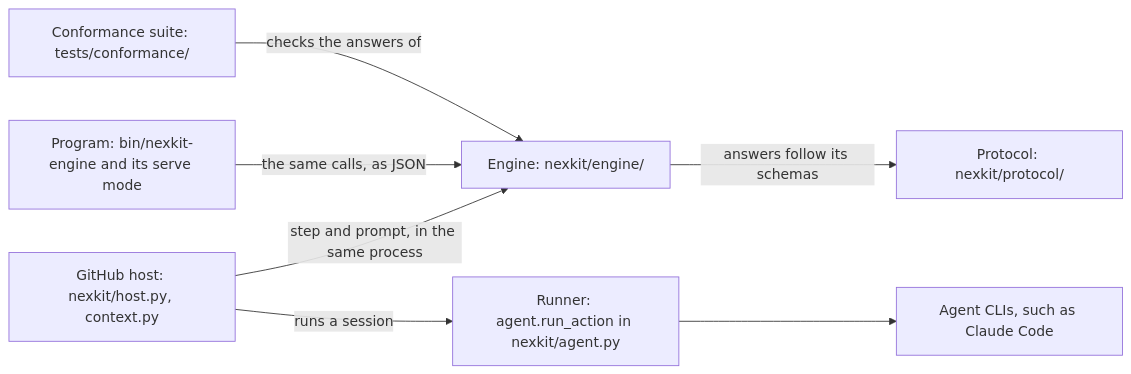
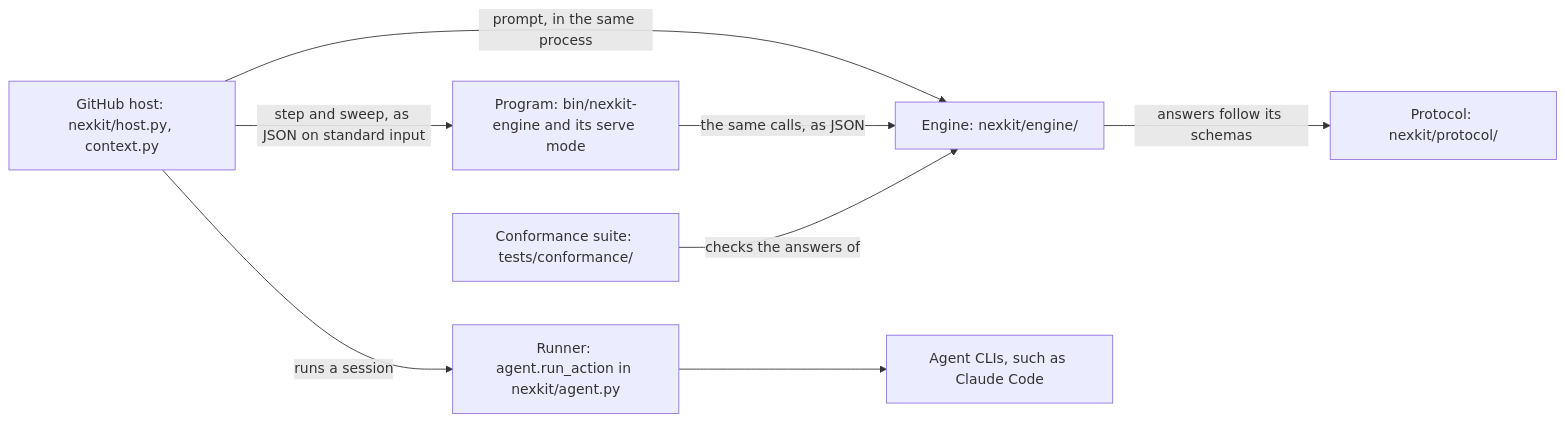
Before and after one commit to phuongnse/nexkit: the second of 2 diagrams in docs/architecture.md, drawn with Mermaid. The commit also changed other lines of this file and 14 other files, not shown here.

First line of the commit message:
The GitHub host gets step and sweep answers from the nexkit-engine program (#785)

````diff
--- a/docs/architecture.md
+++ b/docs/architecture.md
@@ -154,17 +154,18 @@
 ```mermaid
 flowchart LR
     GitHub["GitHub host: nexkit/host.py, context.py"]
     Program["Program: bin/nexkit-engine and its serve mode"]
     Engine["Engine: nexkit/engine/"]
     Protocol["Protocol: nexkit/protocol/"]
     Runner["Runner: agent.run_action in nexkit/agent.py"]
     Agents["Agent CLIs, such as Claude Code"]
     Suite["Conformance suite: tests/conformance/"]
 
-    GitHub -->|"step and prompt, in the same process"| Engine
+    GitHub -->|"step and sweep, as JSON on standard input"| Program
+    GitHub -->|"prompt, in the same process"| Engine
     Program -->|"the same calls, as JSON"| Engine
     Engine -->|"answers follow its schemas"| Protocol
     Suite -->|"checks the answers of"| Engine
     GitHub -->|"runs a session"| Runner
     Runner --> Agents
 ```
````
